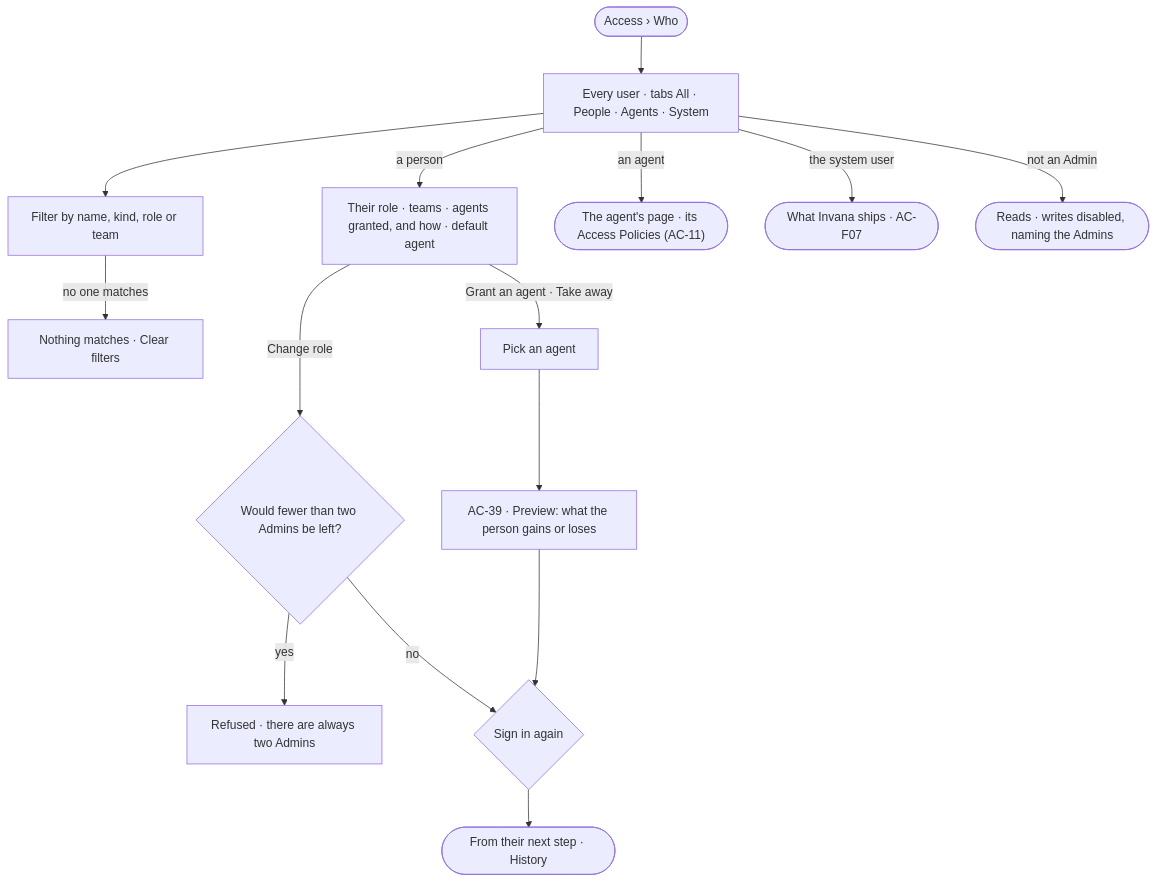
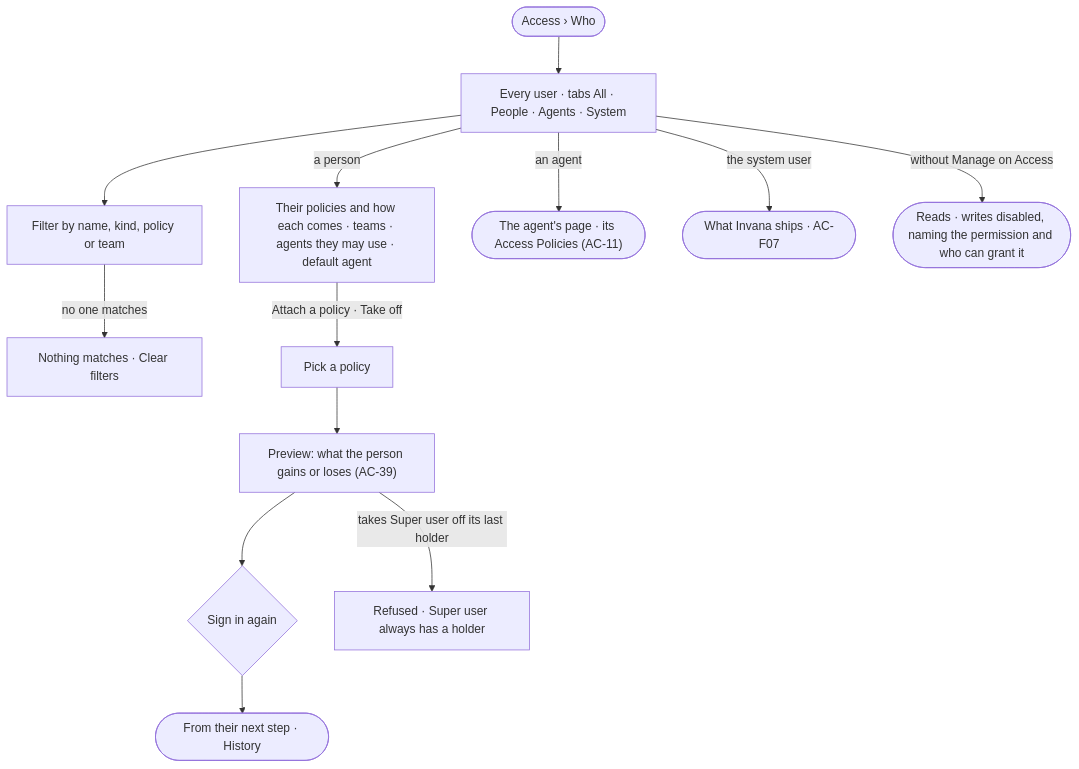
One commit to invana/invana changed the diagram in specs/os/access/features/AC-F03-directory/stories/AC-22-see-every-user-and-set-a-persons-role/story.md. Above: the diagram before and after it, drawn with Mermaid. The commit also changed other lines of this file and 236 other files, not shown here.

First line of the commit message:
docs(specs): grant by permission, not role, across access and records

````diff
--- a/specs/os/access/features/AC-F03-directory/stories/AC-22-see-every-user-and-set-a-persons-role/story.md
+++ b/specs/os/access/features/AC-F03-directory/stories/AC-22-see-every-user-and-set-a-persons-role/story.md
@@ -27,15 +29,13 @@
 ```mermaid
 flowchart TD
   s([Access › Who]) --> l["Every user · tabs All · People · Agents · System"]
-  l --> f["Filter by name, kind, role or team"]
+  l --> f["Filter by name, kind, policy or team"]
   f -->|no one matches| fe["Nothing matches · Clear filters"]
-  l -->|a person| p["Their role · teams · agents granted, and how · default agent"]
-  p -->|Change role| r{"Would fewer than two Admins be left?"}
-  r -->|yes| rr["Refused · there are always two Admins"]
-  r -->|no| pw{"Sign in again"}
+  l -->|a person| p["Their policies and how each comes · teams · agents they may use · default agent"]
+  p -->|Attach a policy · Take off| g["Pick a policy"] --> gp["Preview: what the person gains or loses (AC-39)"] --> pw{"Sign in again"}
+  gp -->|takes Super user off its last holder| rr["Refused · Super user always has a holder"]
   pw --> ok(["From their next step · History"])
-  p -->|Grant an agent · Take away| g["Pick an agent"] --> gp["AC-39 · Preview: what the person gains or loses"] --> pw
   l -->|an agent| a(["The agent's page · its Access Policies (AC-11)"])
   l -->|the system user| sys(["What Invana ships · AC-F07"])
-  l -->|not an Admin| ro(["Reads · writes disabled, naming the Admins"])
+  l -->|without Manage on Access| ro(["Reads · writes disabled, naming the permission and who can grant it"])
 ```
````
